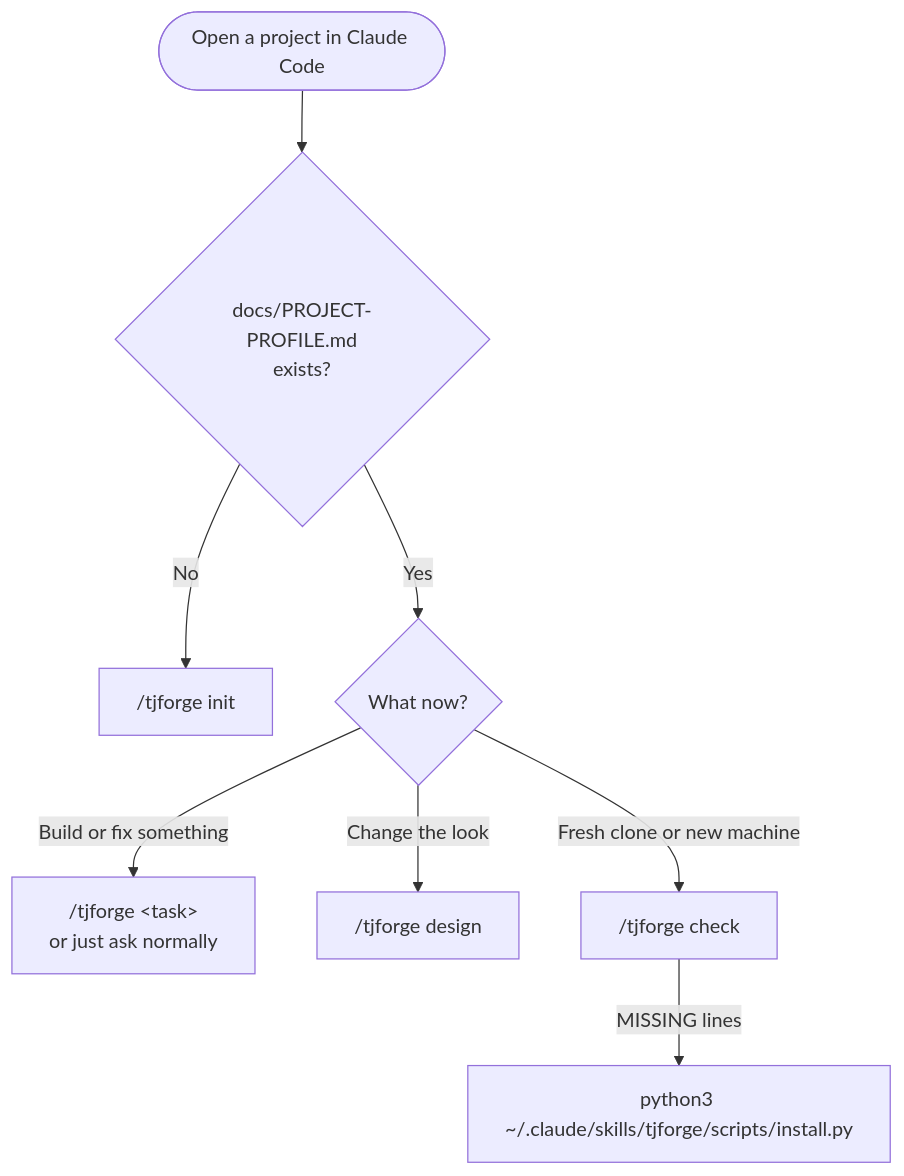
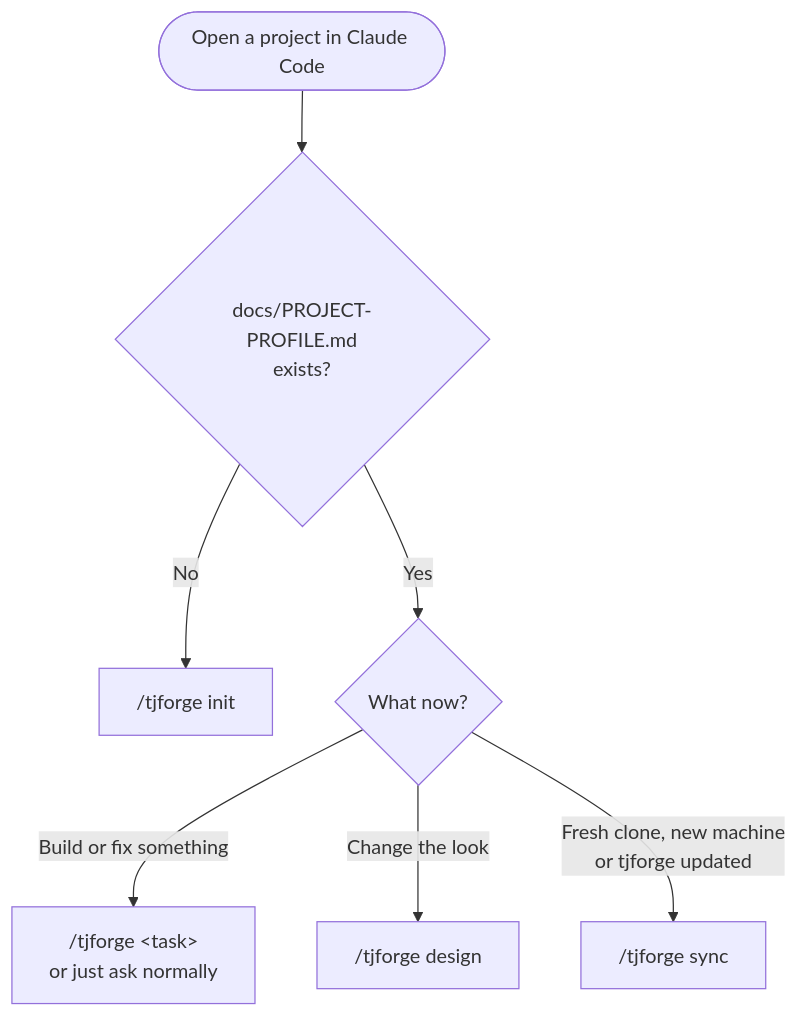
Before and after one commit to tjthouhid/tjforge: the second of 5 diagrams in README.md, drawn with Mermaid. The commit also changed other lines of this file and 2 other files, not shown here.

First line of the commit message:
feat: auto-sync projects on every tjforge run

````diff
--- a/README.md
+++ b/README.md
@@ -68,10 +79,9 @@
 ```mermaid
 flowchart TD
     S([Open a project in Claude Code]) --> Q1{"docs/PROJECT-PROFILE.md<br/>exists?"}
     Q1 -- No --> I["/tjforge init"]
     Q1 -- Yes --> Q2{What now?}
     Q2 -- "Build or fix something" --> T["/tjforge #lt;task#gt;<br/>or just ask normally"]
     Q2 -- "Change the look" --> D["/tjforge design"]
-    Q2 -- "Fresh clone or new machine" --> C["/tjforge check"]
-    C -- "MISSING lines" --> R["python3 ~/.claude/skills/tjforge/scripts/install.py"]
+    Q2 -- "Fresh clone, new machine<br/>or tjforge updated" --> C["/tjforge sync"]
 ```
````
